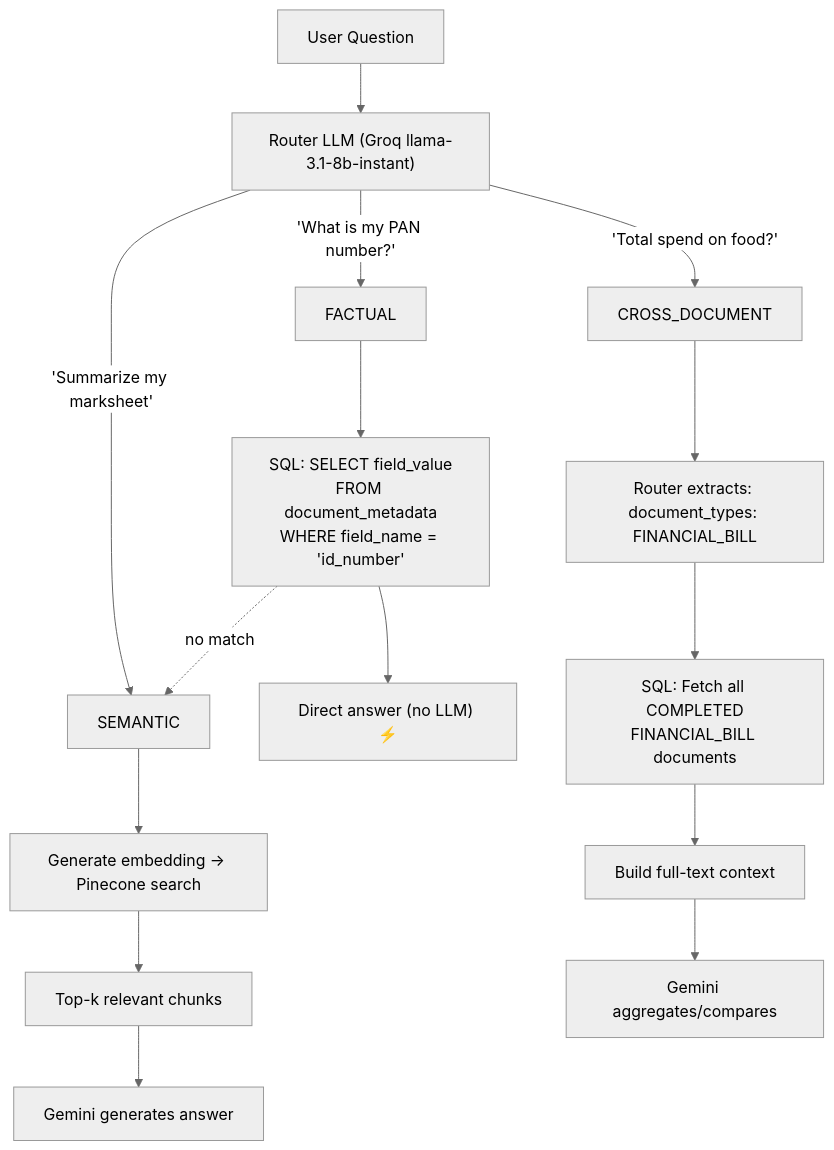
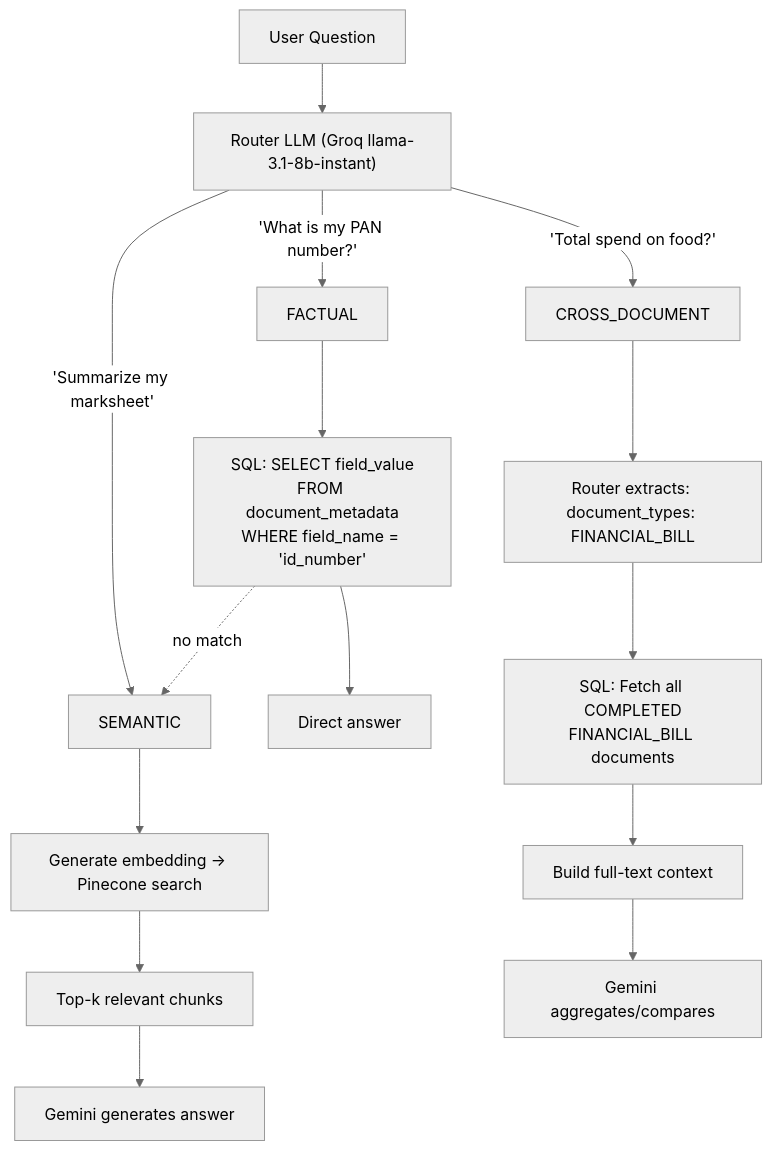
One commit to niharsaraf26/smartdocs changed the third of 5 diagrams in README.md. Above: the diagram before and after it, drawn with Mermaid (neutral theme). The commit also changed other lines of this file, not shown here.

````diff
--- a/README.md
+++ b/README.md
@@ -141,20 +141,20 @@
 ```mermaid
 flowchart TD
     Q["User Question"] --> R["Router LLM (Groq llama-3.1-8b-instant)"]
     R -->|"'What is my PAN number?'"| F["FACTUAL"]
     R -->|"'Summarize my marksheet'"| S["SEMANTIC"]
     R -->|"'Total spend on food?'"| C["CROSS_DOCUMENT"]
 
     F --> F1["SQL: SELECT field_value\nFROM document_metadata\nWHERE field_name = 'id_number'"]
-    F1 --> F2["Direct answer (no LLM) ⚡"]
+    F1 --> F2["Direct answer"]
     F1 -.->|no match| S
 
     S --> S1["Generate embedding → Pinecone search"]
     S1 --> S2["Top-k relevant chunks"]
     S2 --> S3["Gemini generates answer"]
 
     C --> C1["Router extracts: document_types: FINANCIAL_BILL"]
     C1 --> C2["SQL: Fetch all COMPLETED\nFINANCIAL_BILL documents"]
     C2 --> C3["Build full-text context"]
     C3 --> C4["Gemini aggregates/compares"]
 ```
````
